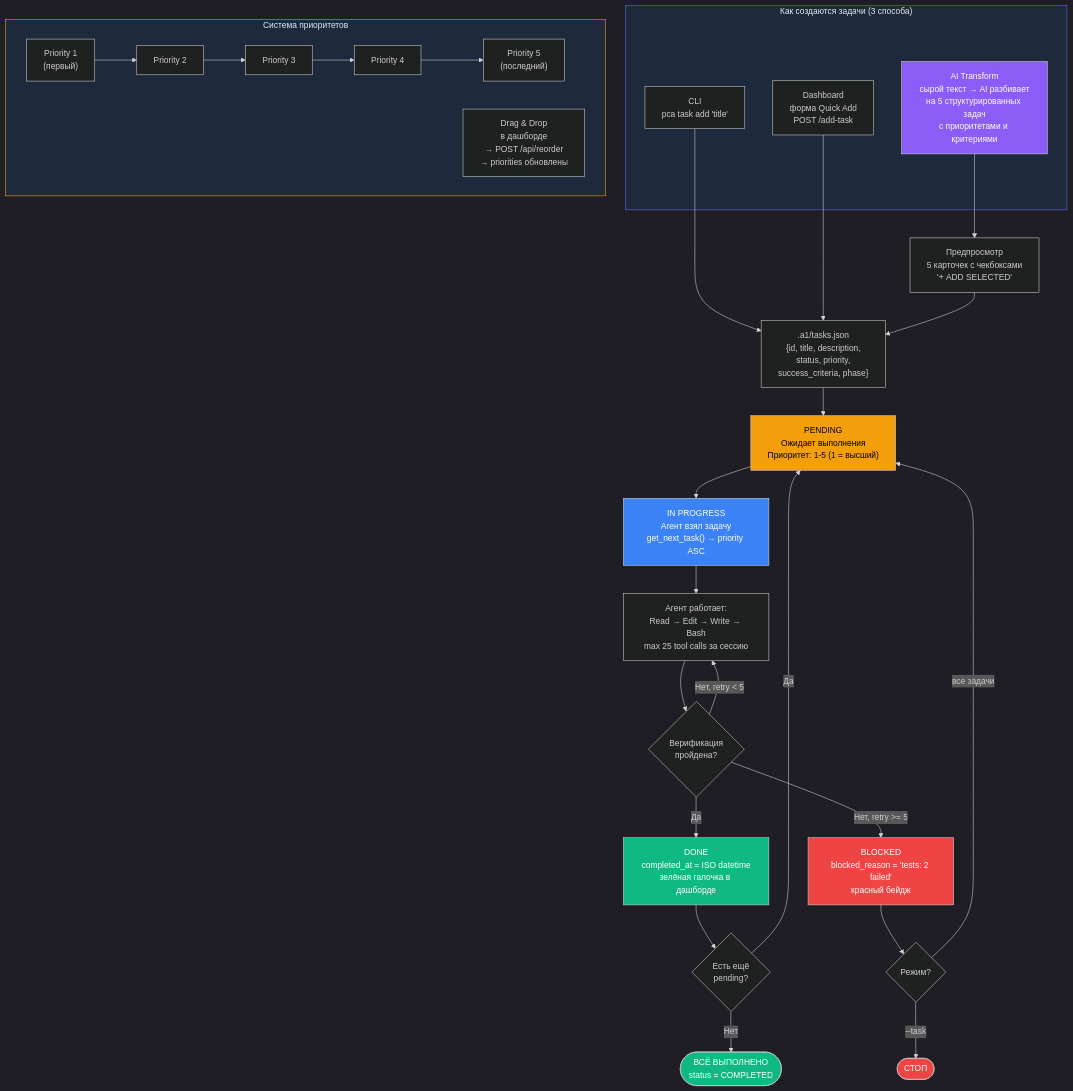
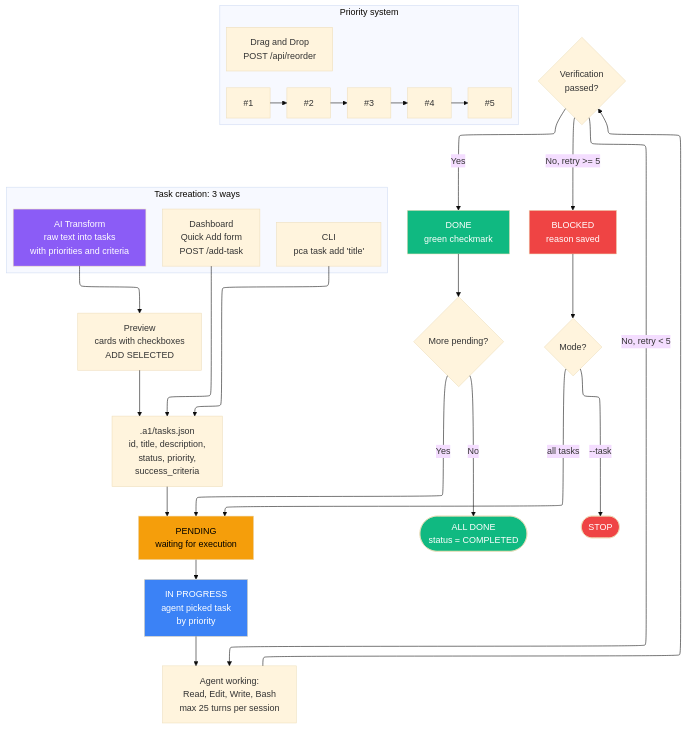
The diagram in articles/01_pocketcoder/diagrams/05_task_lifecycle.mmd (Chashchin-Dmitry/pocketcoder-a1), drawn with Mermaid before and after one commit. The commit also changed 13 other files, not shown here.

First line of the commit message:
docs: rewrite 6 mermaid diagrams (EN, base theme, elk layout) + add PNG exports

```diff
--- a/articles/01_pocketcoder/diagrams/05_task_lifecycle.mmd
+++ b/articles/01_pocketcoder/diagrams/05_task_lifecycle.mmd
@@ -1,54 +1,52 @@
-%%{ init: { 'theme': 'dark', 'themeVariables': { 'fontSize': '15px' } } }%%
+---
+config:
+  theme: base
+  layout: elk
+---
 flowchart TD
-    %% === TASK CREATION ===
-    subgraph Create["Как создаются задачи (3 способа)"]
-        Way1["CLI\npca task add 'title'"]
-        Way2["Dashboard\nформа Quick Add\nPOST /add-task"]
-        Way3["AI Transform\nсырой текст → AI разбивает\nна 5 структурированных задач\nс приоритетами и критериями"]
+    subgraph Create["Task creation: 3 ways"]
+        Way1["CLI<br/>pca task add 'title'"]
+        Way2["Dashboard<br/>Quick Add form<br/>POST /add-task"]
+        Way3["AI Transform<br/>raw text into tasks<br/>with priorities and criteria"]
     end
 
     Way1 --> TaskJSON
     Way2 --> TaskJSON
-    Way3 --> Preview["Предпросмотр\n5 карточек с чекбоксами\n'+ ADD SELECTED'"] --> TaskJSON
+    Way3 --> Preview["Preview<br/>cards with checkboxes<br/>ADD SELECTED"] --> TaskJSON
 
-    TaskJSON[".a1/tasks.json\n{id, title, description,\nstatus, priority,\nsuccess_criteria, phase}"]
+    TaskJSON[".a1/tasks.json<br/>id, title, description,<br/>status, priority,<br/>success_criteria"]
 
-    %% === TASK LIFECYCLE ===
-    TaskJSON --> Pending["PENDING\nОжидает выполнения\nПриоритет: 1-5 (1 = высший)"]
+    TaskJSON --> Pending["PENDING<br/>waiting for execution"]
 
-    Pending --> InProgress["IN PROGRESS\nАгент взял задачу\nget_next_task() → priority ASC"]
+    Pending --> InProgress["IN PROGRESS<br/>agent picked task<br/>by priority"]
 
-    InProgress --> AgentWork["Агент работает:\nRead → Edit → Write → Bash\nmax 25 tool calls за сессию"]
+    InProgress --> AgentWork["Agent working:<br/>Read, Edit, Write, Bash<br/>max 25 turns per session"]
 
-    AgentWork --> Verify{"Верификация\nпройдена?"}
+    AgentWork --> Verify{"Verification<br/>passed?"}
 
-    Verify -->|"Да"| TaskDone["DONE\ncompleted_at = ISO datetime\nзелёная галочка в дашборде"]
+    Verify -->|"Yes"| TaskDone["DONE<br/>green checkmark"]
 
-    Verify -->|"Нет, retry < 5"| AgentWork
-    Verify -->|"Нет, retry >= 5"| TaskBlocked["BLOCKED\nblocked_reason = 'tests: 2 failed'\nкрасный бейдж"]
+    Verify -->|"No, retry < 5"| AgentWork
+    Verify -->|"No, retry >= 5"| TaskBlocked["BLOCKED<br/>reason saved"]
 
-    TaskDone --> NextCheck{Есть ещё\npending?}
-    NextCheck -->|"Да"| Pending
-    NextCheck -->|"Нет"| AllDone(["ВСЁ ВЫПОЛНЕНО\nstatus = COMPLETED"])
+    TaskDone --> NextCheck{"More pending?"}
+    NextCheck -->|"Yes"| Pending
+    NextCheck -->|"No"| AllDone(["ALL DONE<br/>status = COMPLETED"])
 
-    TaskBlocked --> NextCheck2{Режим?}
-    NextCheck2 -->|"все задачи"| Pending
-    NextCheck2 -->|"--task"| Stopped(["СТОП"])
+    TaskBlocked --> NextCheck2{"Mode?"}
+    NextCheck2 -->|"all tasks"| Pending
+    NextCheck2 -->|"--task"| Stopped(["STOP"])
 
-    %% === PRIORITY ===
-    subgraph Priority["Система приоритетов"]
+    subgraph Priority["Priority system"]
         direction LR
-        P1["Priority 1\n(первый)"] --> P2["Priority 2"] --> P3["Priority 3"] --> P4["Priority 4"] --> P5["Priority 5\n(последний)"]
-        DnD["Drag & Drop\nв дашборде\n→ POST /api/reorder\n→ priorities обновлены"]
+        P1["#1"] --> P2["#2"] --> P3["#3"] --> P4["#4"] --> P5["#5"]
+        DnD["Drag and Drop<br/>POST /api/reorder"]
     end
 
-    %% === STYLES ===
-    style Create fill:#1e293b,color:#e2e8f0,stroke:#6366f1
-    style Priority fill:#1e293b,color:#e2e8f0,stroke:#f59e0b
     style Pending fill:#f59e0b,color:#000
     style InProgress fill:#3b82f6,color:#fff
     style TaskDone fill:#10b981,color:#fff
     style TaskBlocked fill:#ef4444,color:#fff
     style AllDone fill:#10b981,color:#fff
     style Stopped fill:#ef4444,color:#fff
     style Way3 fill:#8b5cf6,color:#fff
```
